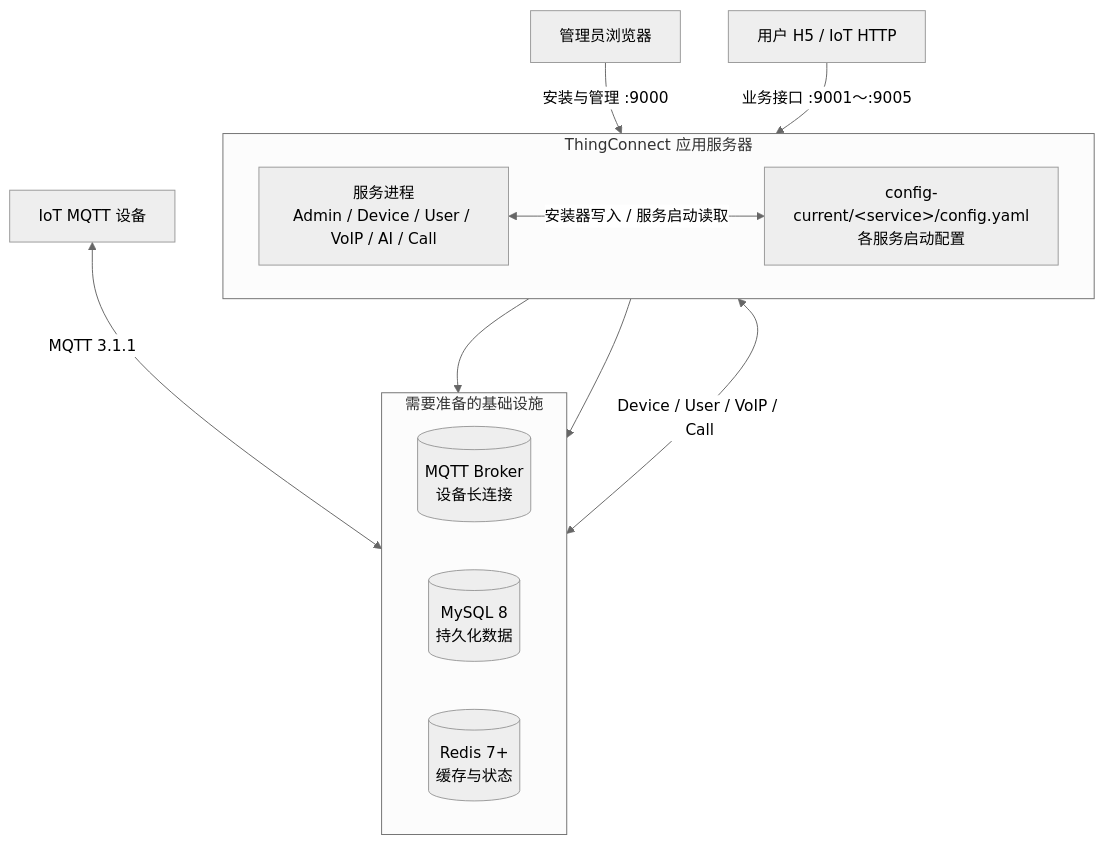
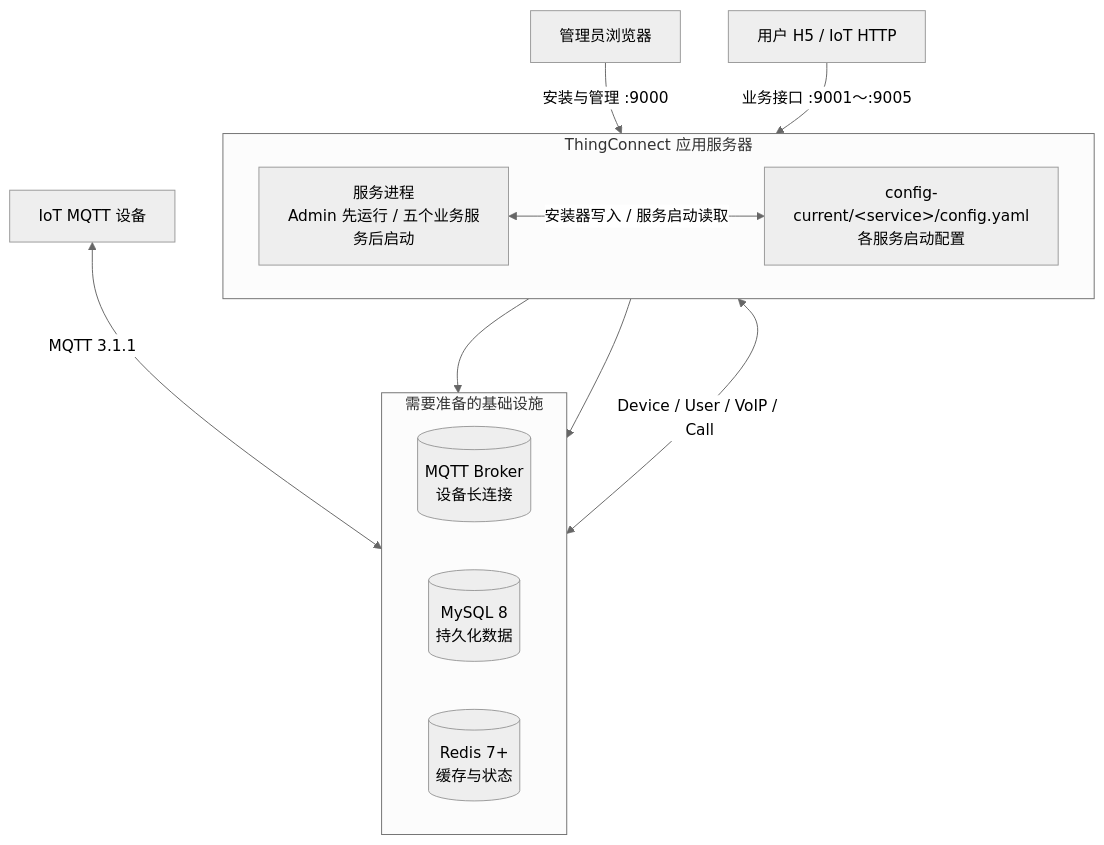
Before and after one commit to tangeai/tirtc-server-example: the diagram in thing-connect/deployment.md, drawn with Mermaid (neutral theme). The commit also changed other lines of this file and 46 other files, not shown here.

````diff
--- a/thing-connect/deployment.md
+++ b/thing-connect/deployment.md
@@ -9,24 +9,24 @@
 ```mermaid
 flowchart TB
     Operator["管理员浏览器"] -->|"安装与管理 :9000"| Services
     Client["用户 H5 / IoT HTTP"] -->|"业务接口 :9001～:9005"| Services
     Device["IoT MQTT 设备"] <-->|"MQTT 3.1.1"| MQTT
 
     subgraph Host["ThingConnect 应用服务器"]
         direction LR
-        Services["服务进程<br/>Admin / Device / User / VoIP / AI / Call"]
+        Services["服务进程<br/>Admin 先运行 / 五个业务服务后启动"]
         Config["config-current/&lt;service&gt;/config.yaml<br/>各服务启动配置"]
         Services <-->|"安装器写入 / 服务启动读取"| Config
     end
 
     subgraph Dependencies["需要准备的基础设施"]
         direction LR
         MySQL[("MySQL 8<br/>持久化数据")]
         Redis[("Redis 7+<br/>缓存与状态")]
         MQTT[("MQTT Broker<br/>设备长连接")]
     end
 
     Services --> MySQL
     Services --> Redis
     Services <-->|"Device / User / VoIP / Call"| MQTT
 ```
````
